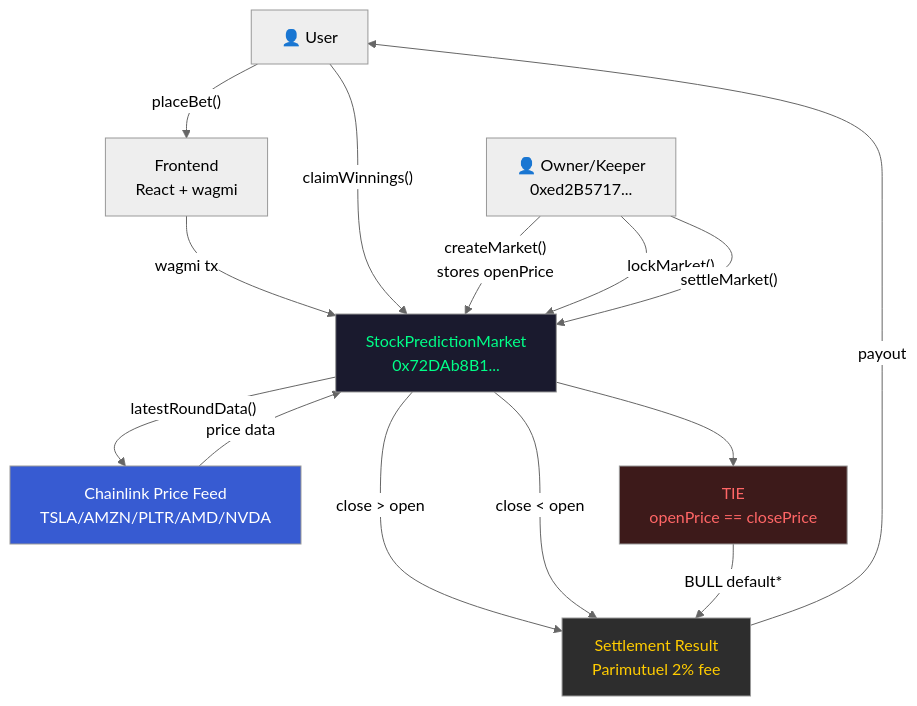
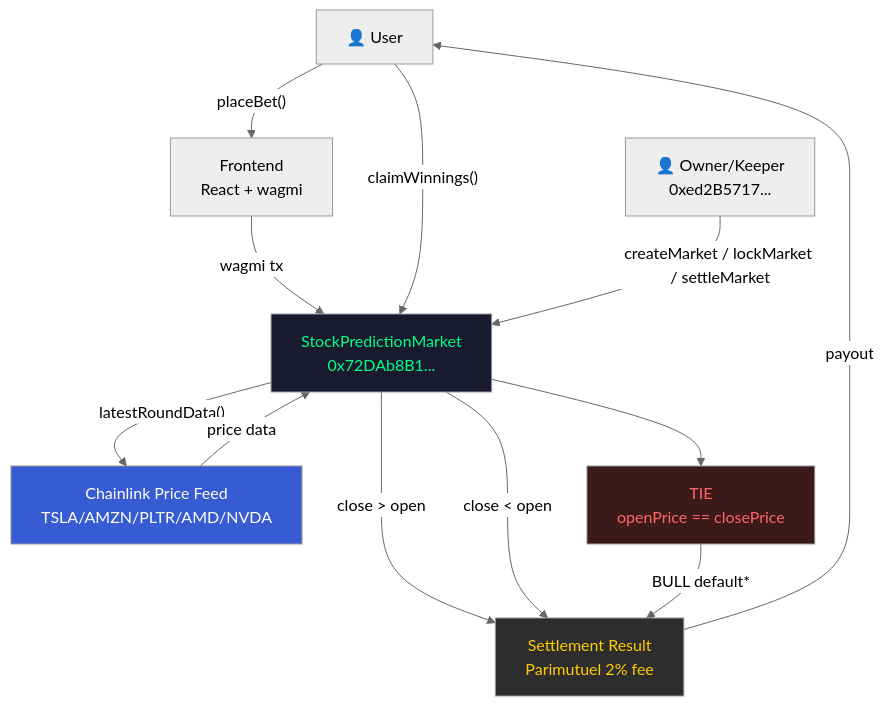
Before and after one commit to pplmaverick/robinhood-prediction-market: the diagram in README.md, drawn with Mermaid (neutral theme).

Commit message:
docs: simplify owner actions label in diagram

````diff
--- a/README.md
+++ b/README.md
@@ -28,29 +28,27 @@
 ```mermaid
 graph TD
     User["👤 User"]
     FE["Frontend\nReact + wagmi"]
     Contract["StockPredictionMarket\n0x72DAb8B1..."]
     Oracle["Chainlink Price Feed\nTSLA/AMZN/PLTR/AMD/NVDA"]
     Owner["👤 Owner/Keeper\n0xed2B5717..."]
     Result["Settlement Result\nParimutuel 2% fee"]
     TIE["TIE\nopenPrice == closePrice"]
 
     User -->|"placeBet()"| FE
     FE -->|"wagmi tx"| Contract
     User -->|"claimWinnings()"| Contract
-    Owner -->|"createMarket()\nstores openPrice"| Contract
-    Owner -->|"lockMarket()"| Contract
-    Owner -->|"settleMarket()"| Contract
+    Owner -->|"createMarket / lockMarket / settleMarket"| Contract
     Contract -->|"latestRoundData()"| Oracle
     Oracle -->|"price data"| Contract
     Contract -->|"close > open"| Result
     Contract -->|"close < open"| Result
     Contract --> TIE
     TIE -->|"BULL default*"| Result
     Result -->|"payout"| User
 
     style Contract fill:#1a1a2e,color:#00ff88
     style Oracle fill:#375bd2,color:#ffffff
     style Result fill:#2d2d2d,color:#ffcc00
     style TIE fill:#3d1a1a,color:#ff6666
 ```
````
